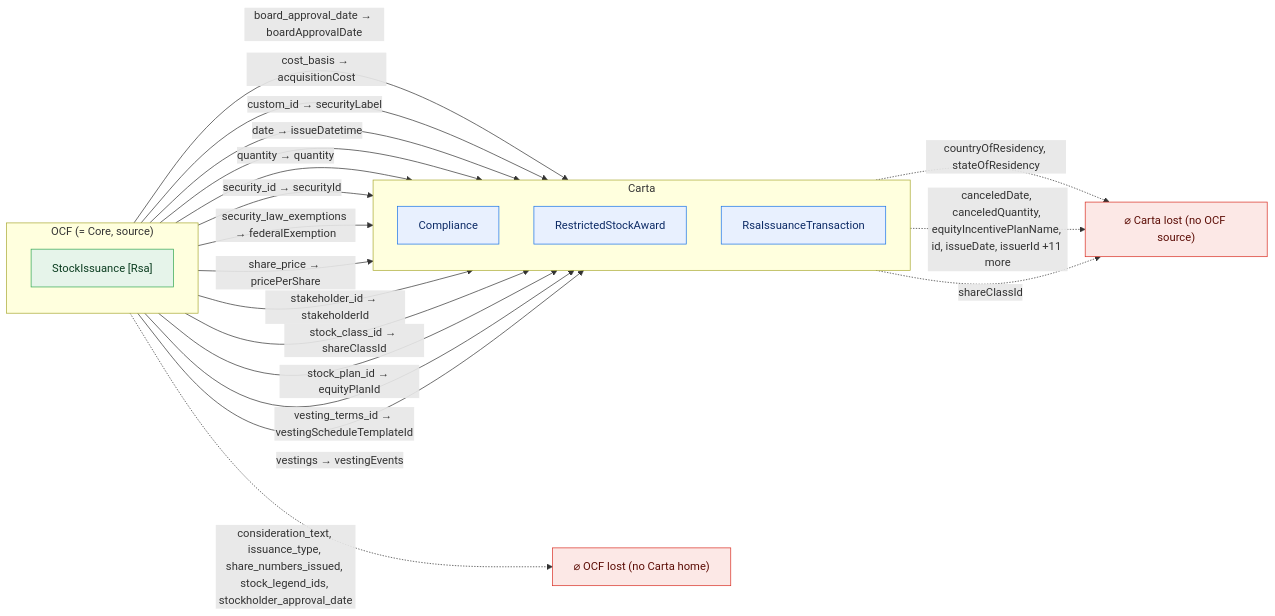
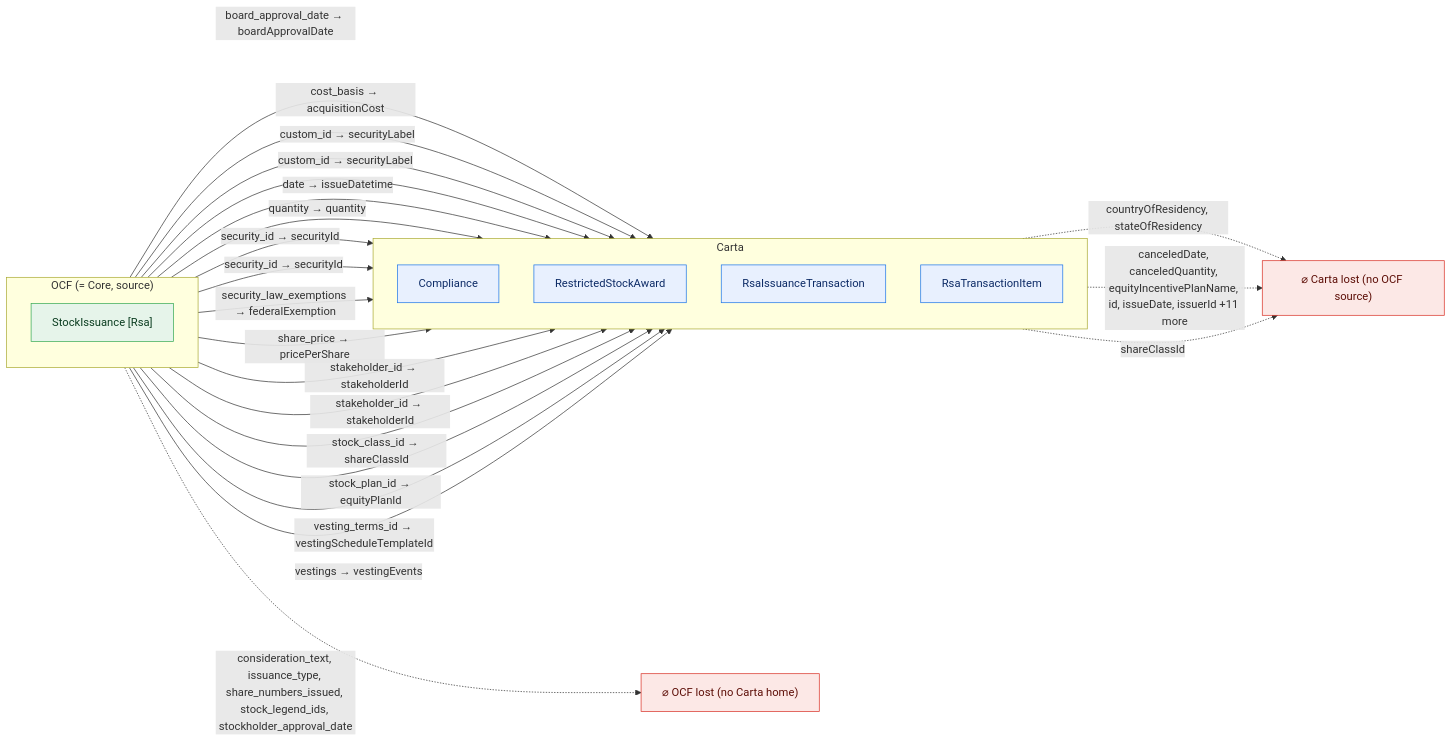
One commit to Open-Cap-Table-Coalition/OCF-Composed-Schemas changed the third of 47 diagrams in docs/core-bidirectional-flow.md. Above: the diagram before and after it, drawn with Mermaid. The commit also changed other lines of this file and 24 other files, not shown here.

````diff
--- a/docs/core-bidirectional-flow.md
+++ b/docs/core-bidirectional-flow.md
@@ -202,36 +206,40 @@
 ```mermaid
 flowchart LR
   classDef adm fill:#e6f4ea,stroke:#34a853,color:#0b3d20;
   classDef notadm fill:#f1f3f4,stroke:#9aa0a6,color:#5f6368,stroke-dasharray:4 3;
   classDef carta fill:#e8f0fe,stroke:#1a73e8,color:#0d2b66;
   classDef lost fill:#fce8e6,stroke:#d93025,color:#5c0d06;
   subgraph SRC["OCF (= Core, source)"]
     direction TB
     o0["StockIssuance [Rsa]"]:::adm
   end
   subgraph TGT["Carta"]
     direction TB
     t0["Compliance"]:::carta
     t1["RestrictedStockAward"]:::carta
     t2["RsaIssuanceTransaction"]:::carta
+    t3["RsaTransactionItem"]:::carta
   end
   ocflost["⌀ OCF lost (no Carta home)"]:::lost
   cartalost["⌀ Carta lost (no OCF source)"]:::lost
   o0 -->|"board_approval_date → boardApprovalDate"| t1
   o0 -->|"cost_basis → acquisitionCost"| t2
+  o0 -->|"custom_id → securityLabel"| t3
   o0 -->|"custom_id → securityLabel"| t1
   o0 -->|"date → issueDatetime"| t2
   o0 -->|"quantity → quantity"| t2
+  o0 -->|"security_id → securityId"| t3
   o0 -->|"security_id → securityId"| t1
   o0 -->|"security_law_exemptions → federalExemption"| t0
   o0 -->|"share_price → pricePerShare"| t1
+  o0 -->|"stakeholder_id → stakeholderId"| t3
   o0 -->|"stakeholder_id → stakeholderId"| t1
   o0 -->|"stock_class_id → shareClassId"| t1
   o0 -->|"stock_plan_id → equityPlanId"| t2
   o0 -->|"vesting_terms_id → vestingScheduleTemplateId"| t2
   o0 -->|"vestings → vestingEvents"| t1
   o0 -.->|"consideration_text, issuance_type, share_numbers_issued, stock_legend_ids, stockholder_approval_date"| ocflost
   t0 -.->|"countryOfResidency, stateOfResidency"| cartalost
   t1 -.->|"canceledDate, canceledQuantity, equityIncentivePlanName, id, issueDate, issuerId +11 more"| cartalost
   t2 -.->|"shareClassId"| cartalost
 ```
````
